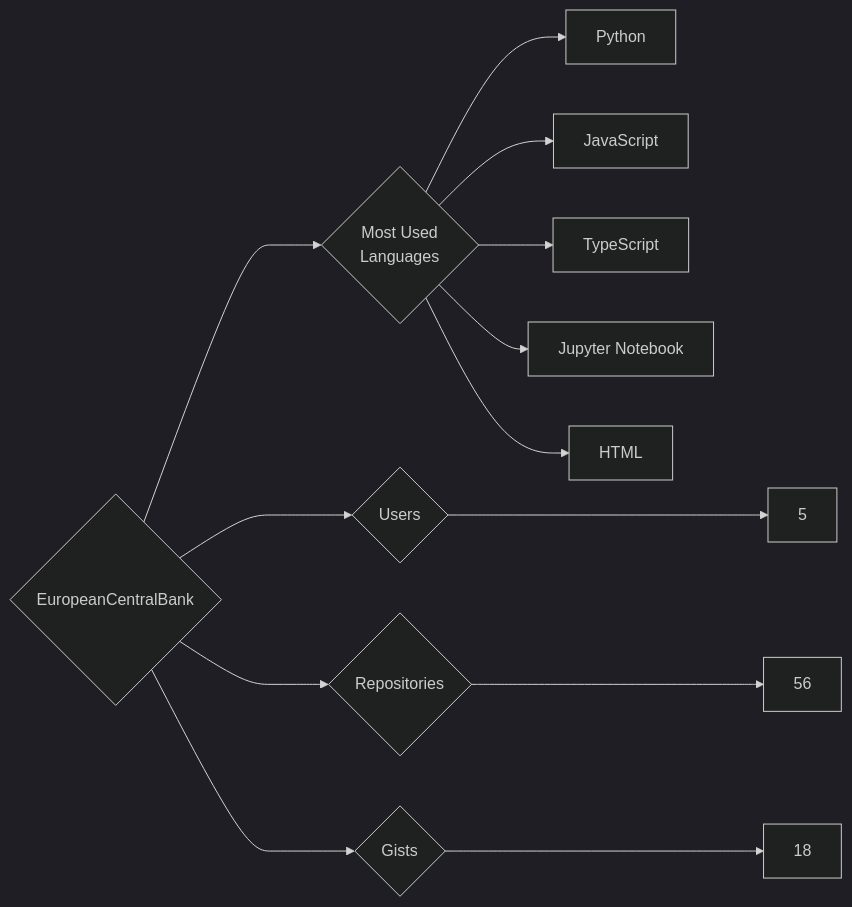
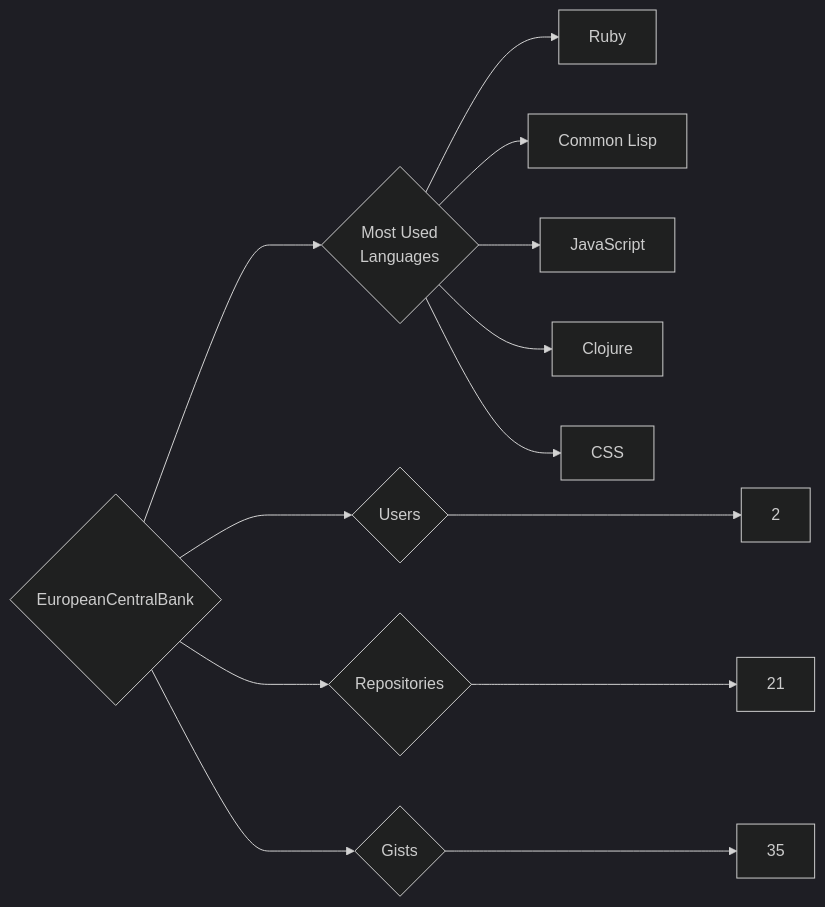
Before and after one commit to trickest/insiders: the diagram in targets/EuropeanCentralBank/README.md, drawn with Mermaid (dark theme). The commit also changed 1166 other files, not shown here.

````diff
--- a/targets/EuropeanCentralBank/README.md
+++ b/targets/EuropeanCentralBank/README.md
@@ -3,13 +3,13 @@
 ```mermaid
 graph LR
 COMPANY_NAME{EuropeanCentralBank}
-COMPANY_NAME ---> U{Users} ---> UN[5]
-COMPANY_NAME ---> R{Repositories} ---> RN[56]
-COMPANY_NAME ---> G{Gists} ---> GN[18]
+COMPANY_NAME ---> U{Users} ---> UN[2]
+COMPANY_NAME ---> R{Repositories} ---> RN[21]
+COMPANY_NAME ---> G{Gists} ---> GN[35]
 COMPANY_NAME ---> ML{Most Used<br>Languages}
-ML --> Python[Python]
+ML --> Ruby[Ruby]
+ML --> Common_Lisp[Common Lisp]
 ML --> JavaScript[JavaScript]
-ML --> TypeScript[TypeScript]
-ML --> Jupyter_Notebook[Jupyter Notebook]
-ML --> HTML[HTML]
+ML --> Clojure[Clojure]
+ML --> CSS[CSS]
 ```
````
